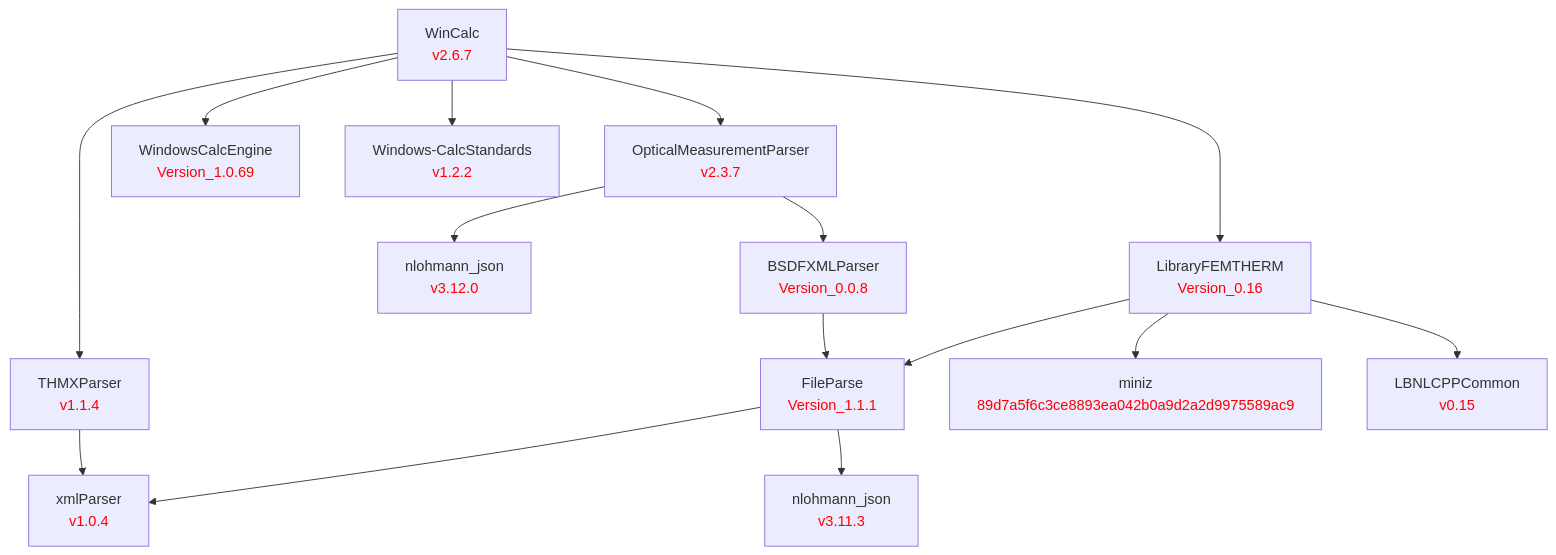
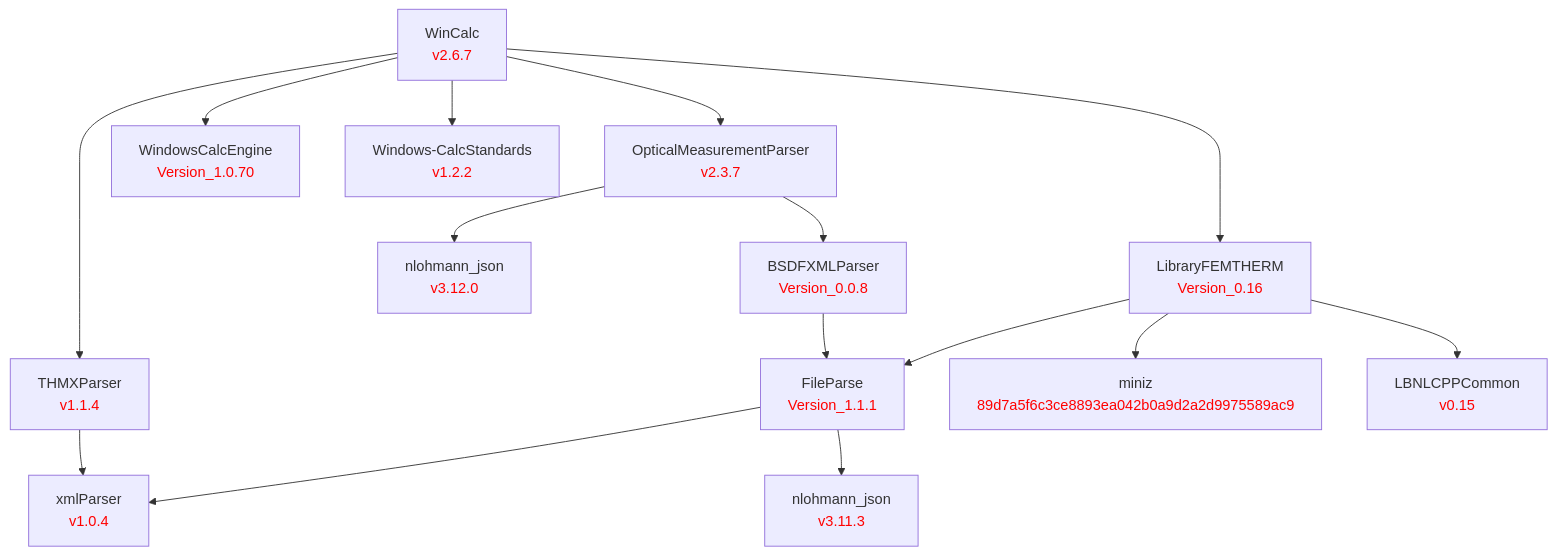
Before and after one commit to LBNL-ETA/WinCalc: the diagram in doc/WinCalc.md, drawn with Mermaid. The commit also changed 86 other files, not shown here.

Commit message:
Update WindowsCalcEngine to Version_1.0.70 and update vacuum expected results

````diff
--- a/doc/WinCalc.md
+++ b/doc/WinCalc.md
@@ -1,49 +1,49 @@
 ```mermaid
 graph TD
     %% Level 0
     WinCalc[WinCalc<br/><font color='red'>v2.6.7</font>]
 
     %% Level 1 - direct dependencies
     OpticalMeasurementParser[OpticalMeasurementParser<br/><font color='red'>v2.3.7</font>]
     THMXParser[THMXParser<br/><font color='red'>v1.1.4</font>]
-    WindowsCalcEngine[WindowsCalcEngine<br/><font color='red'>Version_1.0.69</font>]
+    WindowsCalcEngine[WindowsCalcEngine<br/><font color='red'>Version_1.0.70</font>]
     Windows-CalcStandards[Windows-CalcStandards<br/><font color='red'>v1.2.2</font>]
     LibraryFEMTHERM[LibraryFEMTHERM<br/><font color='red'>Version_0.16</font>]
 
     %% Level 2
     nlohmann_omp[nlohmann_json<br/><font color='red'>v3.12.0</font>]
     BSDFXMLParser[BSDFXMLParser<br/><font color='red'>Version_0.0.8</font>]
     FileParse[FileParse<br/><font color='red'>Version_1.1.1</font>]
     miniz[miniz<br/><font color='red'>89d7a5f6c3ce8893ea042b0a9d2a2d9975589ac9</font>]
     LBNLCPPCommon[LBNLCPPCommon<br/><font color='red'>v0.15</font>]
 
     %% Level 3
     xmlParser[xmlParser<br/><font color='red'>v1.0.4</font>]
     nlohmann_fp[nlohmann_json<br/><font color='red'>v3.11.3</font>]
 
     %% WinCalc dependencies
     WinCalc --> OpticalMeasurementParser
     WinCalc --> THMXParser
     WinCalc --> WindowsCalcEngine
     WinCalc --> Windows-CalcStandards
     WinCalc --> LibraryFEMTHERM
 
     %% OpticalMeasurementParser dependencies
     OpticalMeasurementParser --> nlohmann_omp
     OpticalMeasurementParser --> BSDFXMLParser
 
     %% LibraryFEMTHERM dependencies
     LibraryFEMTHERM --> FileParse
     LibraryFEMTHERM --> miniz
     LibraryFEMTHERM --> LBNLCPPCommon
 
     %% BSDFXMLParser dependencies
     BSDFXMLParser --> FileParse
 
     %% FileParse dependencies
     FileParse --> xmlParser
     FileParse --> nlohmann_fp
 
     %% THMXParser dependencies
     THMXParser --> xmlParser
 ```
````
